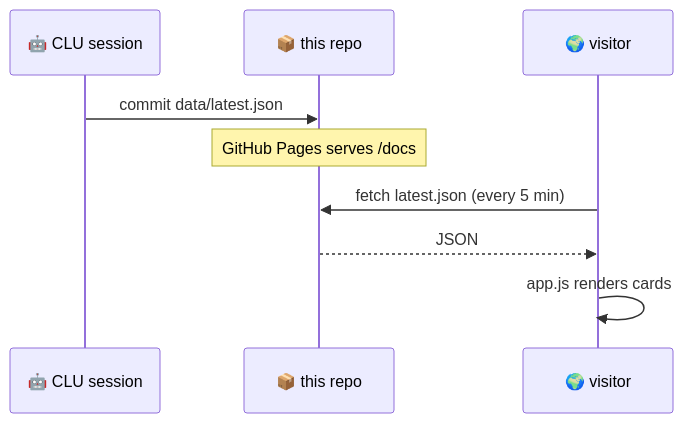
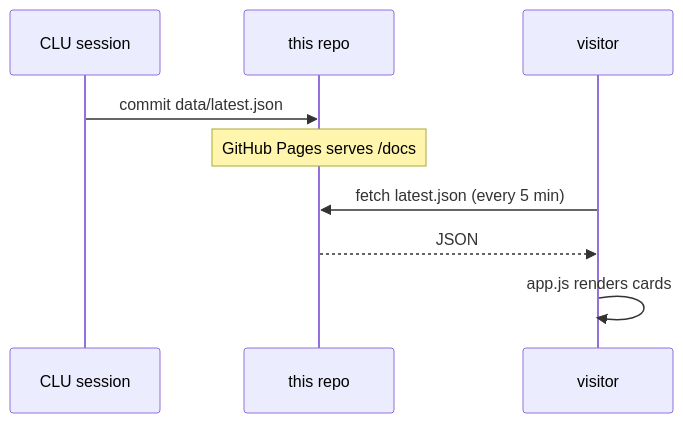
One commit to AKSIS-1/AKSIS-1.github.io changed the second of 2 diagrams in README.md. Above: the diagram before and after it, drawn with Mermaid. The commit also changed other lines of this file and 3 other files, not shown here.

````diff
--- a/README.md
+++ b/README.md
@@ -56,11 +82,11 @@
 ```mermaid
 sequenceDiagram
-    participant CLU as 🤖 CLU session
-    participant Repo as 📦 this repo
-    participant Browser as 🌍 visitor
+    participant CLU as CLU session
+    participant Repo as this repo
+    participant Browser as visitor
     CLU->>Repo: commit data/latest.json
     Note over Repo: GitHub Pages serves /docs
     Browser->>Repo: fetch latest.json (every 5 min)
     Repo-->>Browser: JSON
     Browser->>Browser: app.js renders cards
 ```
````
